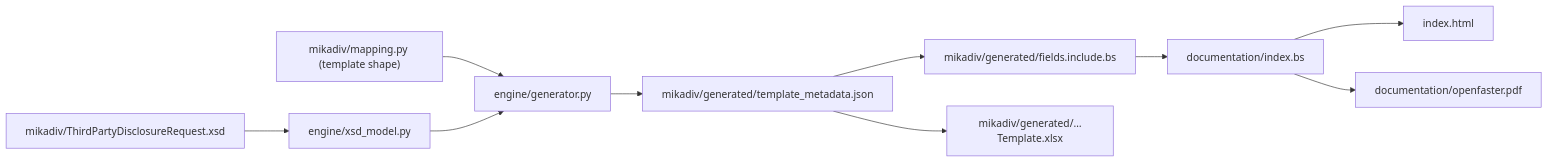
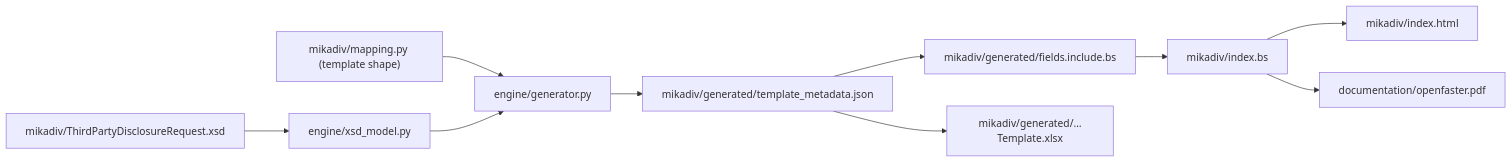
Before and after one commit to OpenFASTER-Standard/spec: the diagram in README.md, drawn with Mermaid. The commit also changed other lines of this file, not shown here.

First line of the commit message:
docs: fix README self-contradiction and remaining stale documentation/index.bs refs

````diff
--- a/README.md
+++ b/README.md
@@ -65,12 +65,12 @@
 ```mermaid
 flowchart LR
   xsd["mikadiv/ThirdPartyDisclosureRequest.xsd"] --> model["engine/xsd_model.py"]
   map["mikadiv/mapping.py (template shape)"] --> gen["engine/generator.py"]
   model --> gen
   gen --> meta["mikadiv/generated/template_metadata.json"]
   meta --> incl["mikadiv/generated/fields.include.bs"]
-  incl --> bs["documentation/index.bs"]
-  bs --> html["index.html"]
+  incl --> bs["mikadiv/index.bs"]
+  bs --> html["mikadiv/index.html"]
   bs --> pdf["documentation/openfaster.pdf"]
   meta --> xlsx["mikadiv/generated/…Template.xlsx"]
 ```
````
